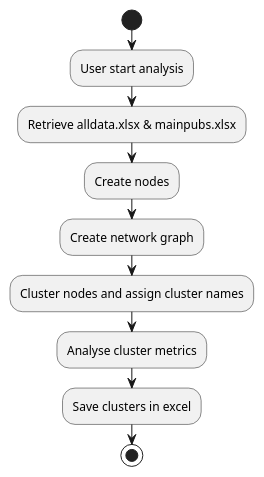
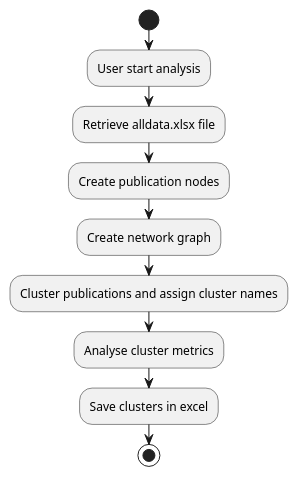
Before and after one commit to pennhanlee/google_scholar_scrapapi: the diagram in puml/data_analysis_activity.puml, drawn with PlantUML. The commit also changed 17 other files, not shown here.

```diff
--- a/puml/data_analysis_activity.puml
+++ b/puml/data_analysis_activity.puml
@@ -1,19 +1,19 @@
 @startuml
 
 start
 :User start analysis;
 
-:Retrieve alldata.xlsx & mainpubs.xlsx;
+:Retrieve alldata.xlsx file;
 
-:Create nodes;
+:Create publication nodes;
 
 :Create network graph;
 
-:Cluster nodes and assign cluster names;
+:Cluster publications and assign cluster names;
 
 :Analyse cluster metrics;
 
 :Save clusters in excel;
 
 stop
 @enduml
```
